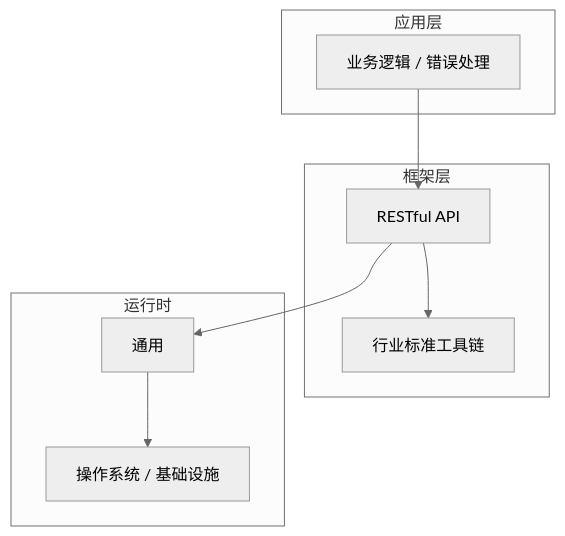
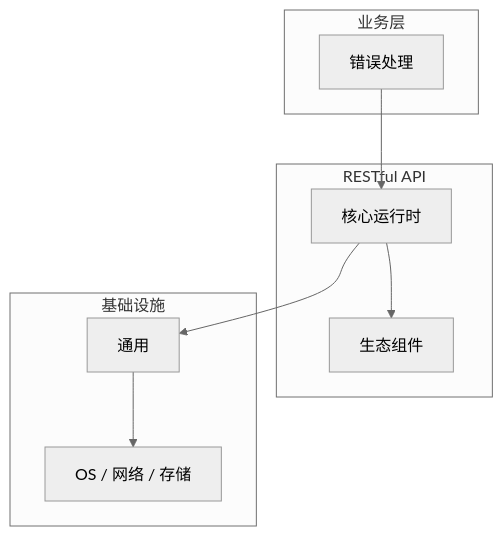
The diagram in articles/RESTful API/chapters/061-错误处理核心概念与原理.md (yanggan2015/knowledge-json-v2), drawn with Mermaid (neutral theme) before and after one commit. The commit also changed other lines of this file and 10127 other files, not shown here.

````diff
--- a/articles/RESTful API/chapters/061-错误处理核心概念与原理.md
+++ b/articles/RESTful API/chapters/061-错误处理核心概念与原理.md
@@ -45,18 +34,18 @@
 ```mermaid
 graph TB
-    subgraph 应用层
-        A[业务逻辑 / 错误处理]
+    subgraph 业务层
+        A[错误处理]
     end
-    subgraph 框架层
-        B[RESTful API]
-        C[行业标准工具链]
+    subgraph RESTful API
+        B[核心运行时]
+        C[生态组件]
     end
-    subgraph 运行时
+    subgraph 基础设施
         D[通用]
-        E[操作系统 / 基础设施]
+        E[OS / 网络 / 存储]
     end
     A --> B
     B --> C
     B --> D
     D --> E
 ```
````
